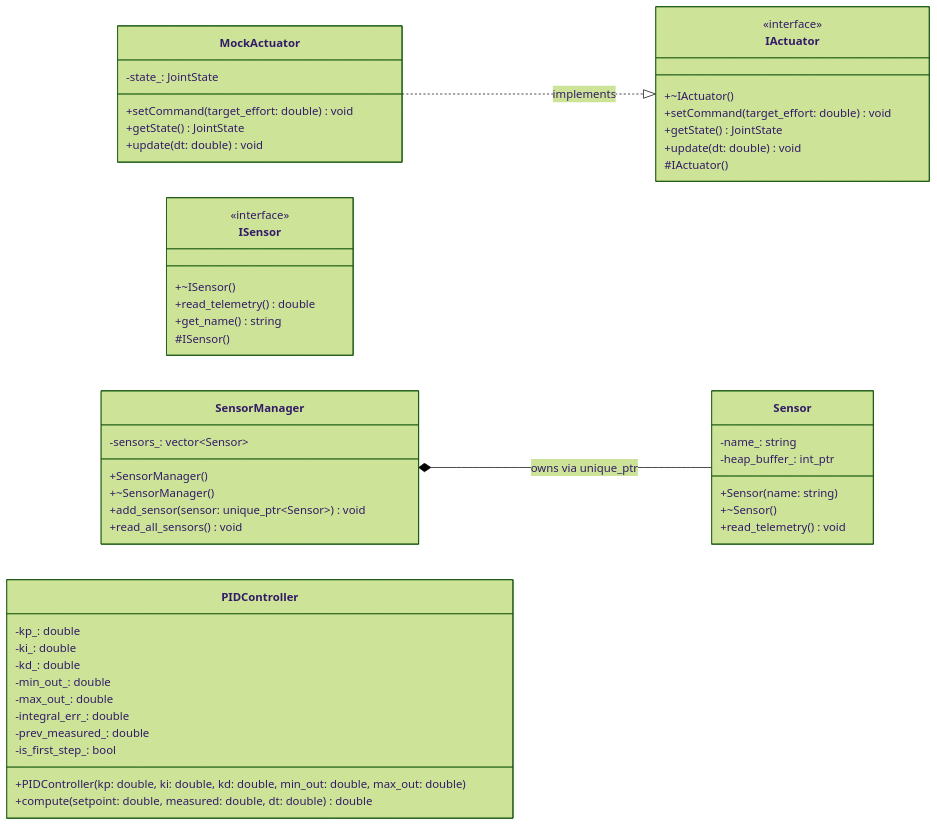
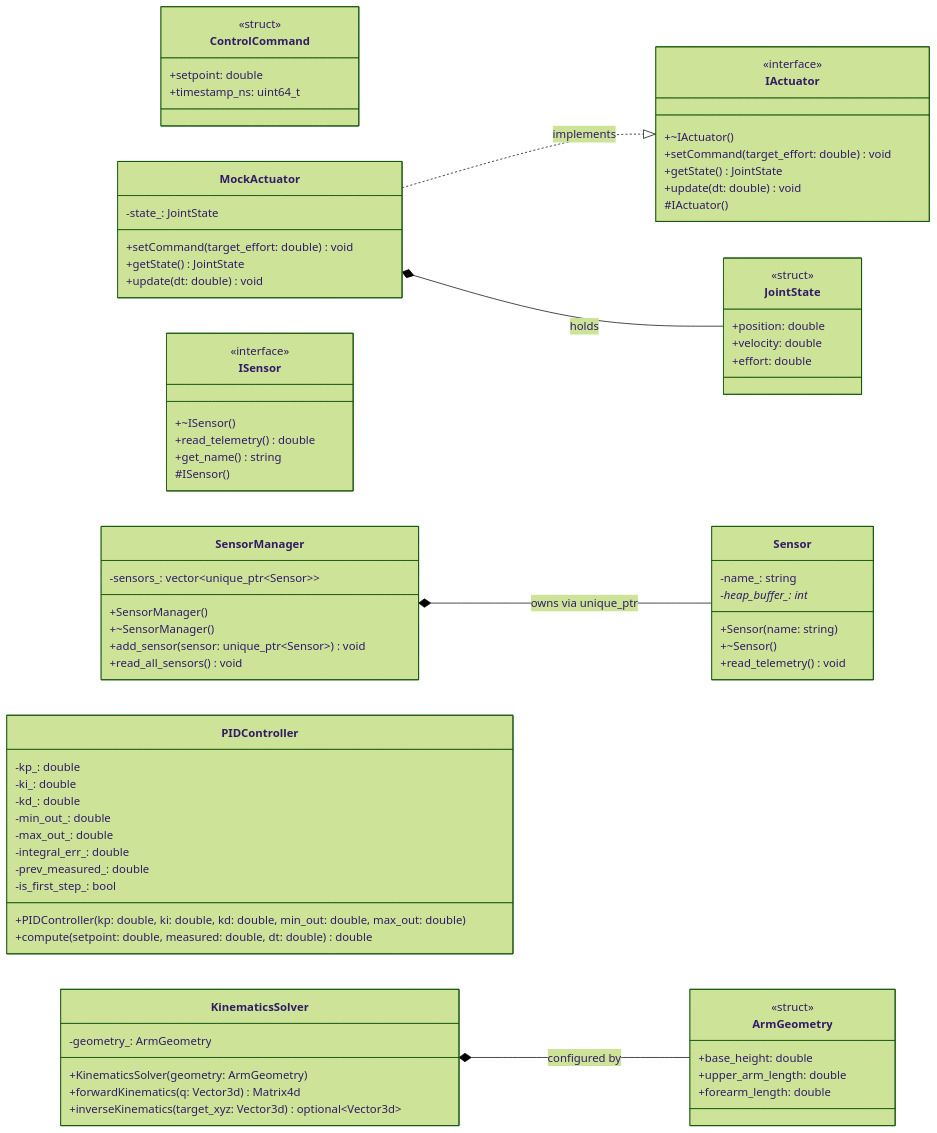
The first of 2 diagrams in README.md (r3tro10/cps-engine), drawn with Mermaid (forest theme) before and after one commit. The commit also changed other lines of this file, not shown here.

Commit message:
feat(architecture): enhance README with JointState, ControlCommand, ArmGeometry, and KinematicsSolver structures

````diff
--- a/README.md
+++ b/README.md
@@ -50,6 +50,19 @@
 ```mermaid
 classDiagram
     direction LR
+
+    class JointState {
+        <<struct>>
+        +position: double
+        +velocity: double
+        +effort: double
+    }
+
+    class ControlCommand {
+        <<struct>>
+        +setpoint: double
+        +timestamp_ns: uint64_t
+    }
 
     class IActuator {
         <<interface>>
@@ -77,14 +90,14 @@
 
     class Sensor {
         -name_: string
-        -heap_buffer_: int_ptr
+        -heap_buffer_: int*
         +Sensor(name: string)
         +~Sensor()
         +read_telemetry() void
     }
 
     class SensorManager {
-        -sensors_: vector~Sensor~
+        -sensors_: vector~unique_ptr~Sensor~~
         +SensorManager()
         +~SensorManager()
         +add_sensor(sensor: unique_ptr~Sensor~) void
@@ -104,6 +117,22 @@
         +compute(setpoint: double, measured: double, dt: double) double
     }
 
+    class ArmGeometry {
+        <<struct>>
+        +base_height: double
+        +upper_arm_length: double
+        +forearm_length: double
+    }
+
+    class KinematicsSolver {
+        -geometry_: ArmGeometry
+        +KinematicsSolver(geometry: ArmGeometry)
+        +forwardKinematics(q: Vector3d) Matrix4d
+        +inverseKinematics(target_xyz: Vector3d) optional~Vector3d~
+    }
+
     MockActuator ..|> IActuator : implements
+    MockActuator *-- JointState : holds
     SensorManager *-- Sensor : owns via unique_ptr
+    KinematicsSolver *-- ArmGeometry : configured by
 ```
````
